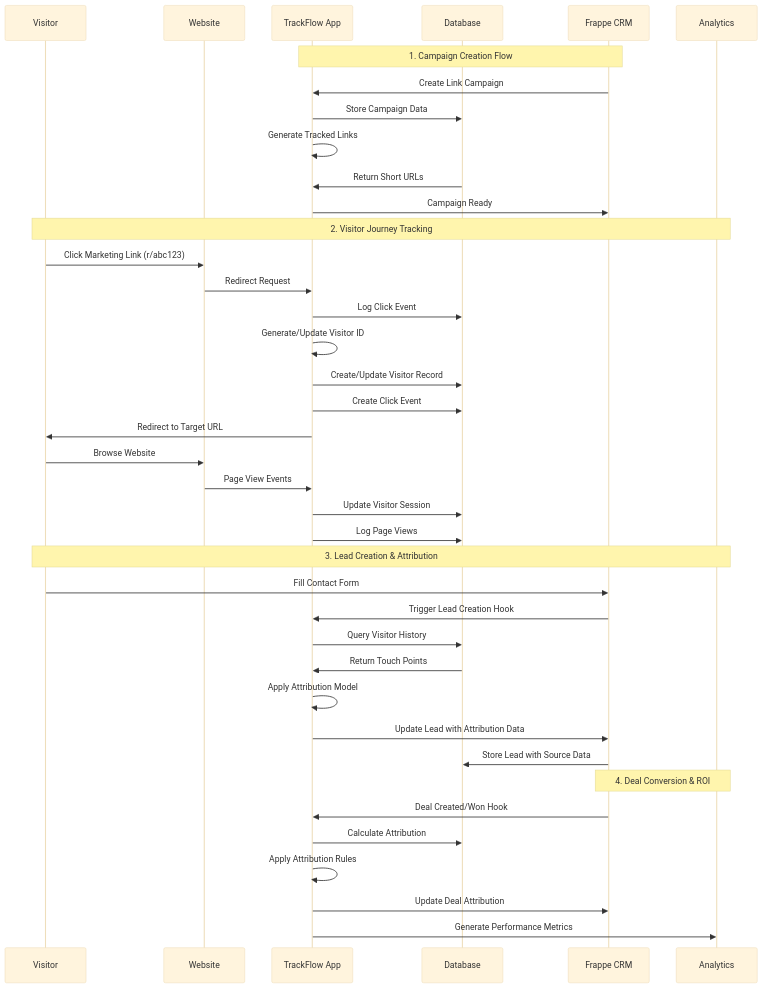
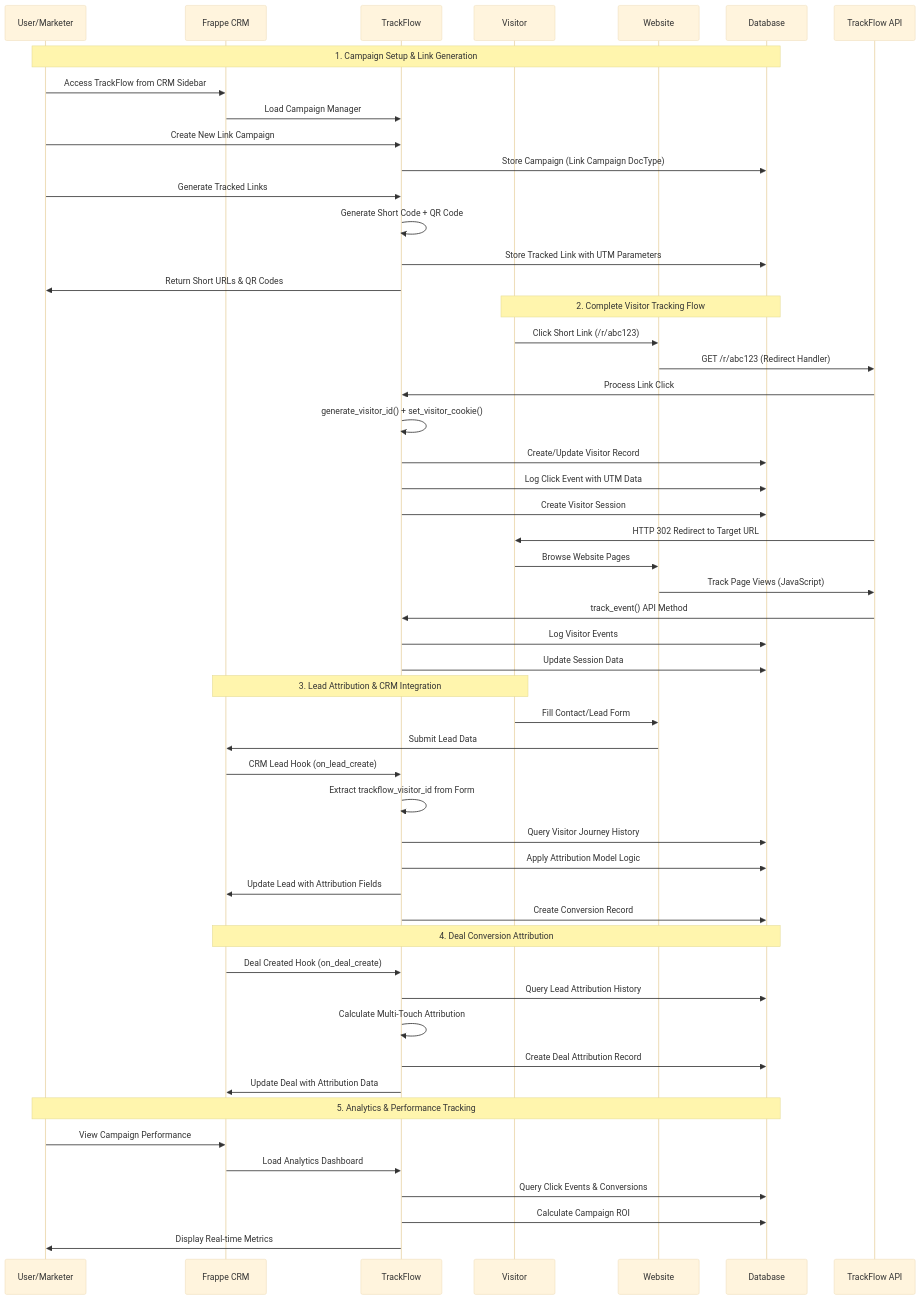
The first of 3 diagrams in docs/architecture-flow.md (chinmaybhatk/trackflow), drawn with Mermaid (base theme) before and after one commit. The commit also changed other lines of this file and 3 other files, not shown here.

````diff
--- a/docs/architecture-flow.md
+++ b/docs/architecture-flow.md
@@ -8,51 +17,65 @@
 ```mermaid
 sequenceDiagram
+    participant U as User/Marketer
+    participant CRM as Frappe CRM
+    participant TF as TrackFlow
     participant V as Visitor
     participant W as Website
-    participant TF as TrackFlow App
     participant DB as Database
-    participant CRM as Frappe CRM
-    participant A as Analytics
+    participant API as TrackFlow API
 
-    %% Campaign Setup Flow
-    Note over CRM,TF: 1. Campaign Creation Flow
-    CRM->>TF: Create Link Campaign
-    TF->>DB: Store Campaign Data
-    TF->>TF: Generate Tracked Links
-    DB->>TF: Return Short URLs
-    TF->>CRM: Campaign Ready
+    %% Campaign Setup (Production Ready)
+    Note over U,DB: 1. Campaign Setup & Link Generation
+    U->>CRM: Access TrackFlow from CRM Sidebar
+    CRM->>TF: Load Campaign Manager
+    U->>TF: Create New Link Campaign
+    TF->>DB: Store Campaign (Link Campaign DocType)
+    U->>TF: Generate Tracked Links
+    TF->>TF: Generate Short Code + QR Code
+    TF->>DB: Store Tracked Link with UTM Parameters
+    TF->>U: Return Short URLs & QR Codes
 
-    %% Visitor Tracking Flow
-    Note over V,A: 2. Visitor Journey Tracking
-    V->>W: Click Marketing Link (r/abc123)
-    W->>TF: Redirect Request
-    TF->>DB: Log Click Event
-    TF->>TF: Generate/Update Visitor ID
+    %% Visitor Journey (Implemented)
+    Note over V,DB: 2. Complete Visitor Tracking Flow
+    V->>W: Click Short Link (/r/abc123)
+    W->>API: GET /r/abc123 (Redirect Handler)
+    API->>TF: Process Link Click
+    TF->>TF: generate_visitor_id() + set_visitor_cookie()
     TF->>DB: Create/Update Visitor Record
-    TF->>DB: Create Click Event
-    TF->>V: Redirect to Target URL
+    TF->>DB: Log Click Event with UTM Data
+    TF->>DB: Create Visitor Session
+    API->>V: HTTP 302 Redirect to Target URL
     
-    %% Session Tracking
-    V->>W: Browse Website
-    W->>TF: Page View Events
-    TF->>DB: Update Visitor Session
-    TF->>DB: Log Page Views
+    V->>W: Browse Website Pages
+    W->>API: Track Page Views (JavaScript)
+    API->>TF: track_event() API Method
+    TF->>DB: Log Visitor Events
+    TF->>DB: Update Session Data
+
+    %% CRM Integration (Working)
+    Note over V,CRM: 3. Lead Attribution & CRM Integration
+    V->>W: Fill Contact/Lead Form
+    W->>CRM: Submit Lead Data
+    CRM->>TF: CRM Lead Hook (on_lead_create)
+    TF->>TF: Extract trackflow_visitor_id from Form
+    TF->>DB: Query Visitor Journey History
+    TF->>DB: Apply Attribution Model Logic
+    TF->>CRM: Update Lead with Attribution Fields
+    TF->>DB: Create Conversion Record
     
-    %% Lead Creation & Attribution
-    Note over V,A: 3. Lead Creation & Attribution
-    V->>CRM: Fill Contact Form
-    CRM->>TF: Trigger Lead Creation Hook
-    TF->>DB: Query Visitor History
-    DB->>TF: Return Touch Points
-    TF->>TF: Apply Attribution Model
-    TF->>CRM: Update Lead with Attribution Data
-    CRM->>DB: Store Lead with Source Data
-
-    %% Deal Conversion
-    Note over CRM,A: 4. Deal Conversion & ROI
-    CRM->>TF: Deal Created/Won Hook
-    TF->>DB: Calculate Attribution
-    TF->>TF: Apply Attribution Rules
-    TF->>CRM: Update Deal Attribution
-    TF->>A: Generate Performance Metrics
+    %% Deal Attribution (Implemented)
+    Note over CRM,DB: 4. Deal Conversion Attribution
+    CRM->>TF: Deal Created Hook (on_deal_create)
+    TF->>DB: Query Lead Attribution History
+    TF->>TF: Calculate Multi-Touch Attribution
+    TF->>DB: Create Deal Attribution Record
+    TF->>CRM: Update Deal with Attribution Data
+    
+    %% Analytics & Reporting (Available)
+    Note over U,DB: 5. Analytics & Performance Tracking
+    U->>CRM: View Campaign Performance
+    CRM->>TF: Load Analytics Dashboard
+    TF->>DB: Query Click Events & Conversions
+    TF->>DB: Calculate Campaign ROI
+    TF->>U: Display Real-time Metrics
 ```
````
